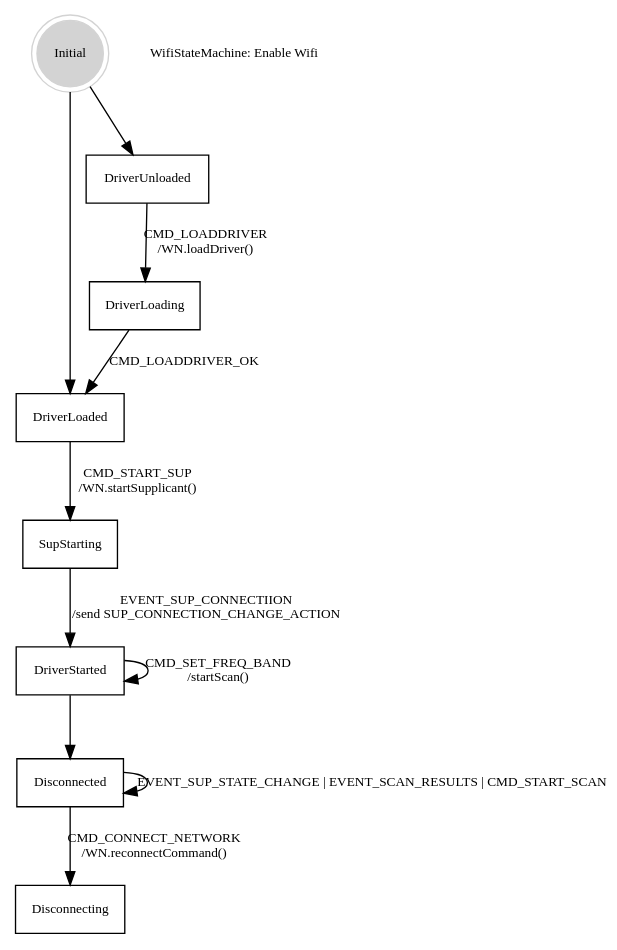
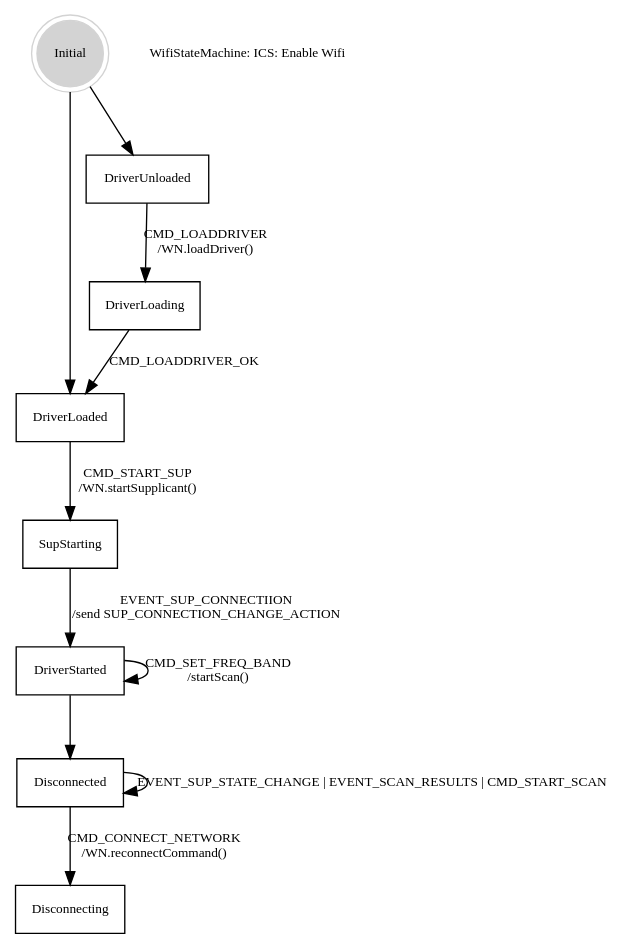
Before and after one commit to greatgauss/graphviz_script: the diagram in SM_EnableWifi.dot, drawn with Graphviz. The commit also changed other lines of this file and 4 other files, not shown here.

```diff
--- a/SM_EnableWifi.dot
+++ b/SM_EnableWifi.dot
@@ -1,20 +1,20 @@
 
 digraph automata_0 {
 	size = "8.5, 11";
 	fontname = "Microsoft YaHei";
 	fontsize = 15;
 	node [shape = record, fontname = "Microsoft YaHei", fontsize = 10];
 	edge [fontname = "Microsoft YaHei", fontsize = 10];
 	Initial [ style = filled, shape = doublecircle, color=lightgrey ];
 	Initial -> DriverLoaded [ label = " " ];
 	Initial-> DriverUnloaded  [ label = " " ];
 	DriverUnloaded   -> DriverLoading [ label = "CMD_LOADDRIVER\n/WN.loadDriver() " ];
 	DriverLoading  -> DriverLoaded [ label = "CMD_LOADDRIVER_OK " ];
 	DriverLoaded  -> SupStarting [ label = "CMD_START_SUP\n/WN.startSupplicant() " ];
 	SupStarting  -> DriverStarted [ label = "EVENT_SUP_CONNECTIION\n/send SUP_CONNECTION_CHANGE_ACTION " ];
 	DriverStarted -> DriverStarted [ label = "CMD_SET_FREQ_BAND\n/startScan() " ];
 	DriverStarted -> Disconnected[ label = " " ];
 	Disconnected -> Disconnected[ label = "EVENT_SUP_STATE_CHANGE | EVENT_SCAN_RESULTS | CMD_START_SCAN" ];
 	Disconnected -> Disconnecting[ label = "CMD_CONNECT_NETWORK\n/WN.reconnectCommand() " ];
-	"WifiStateMachine: Enable Wifi" [ shape = plaintext ];
+	"WifiStateMachine: ICS: Enable Wifi" [ shape = plaintext ];
 }
```
